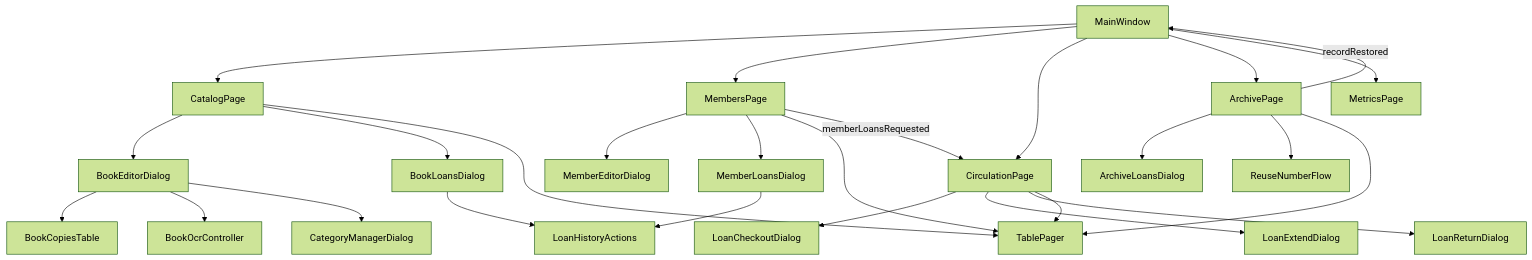
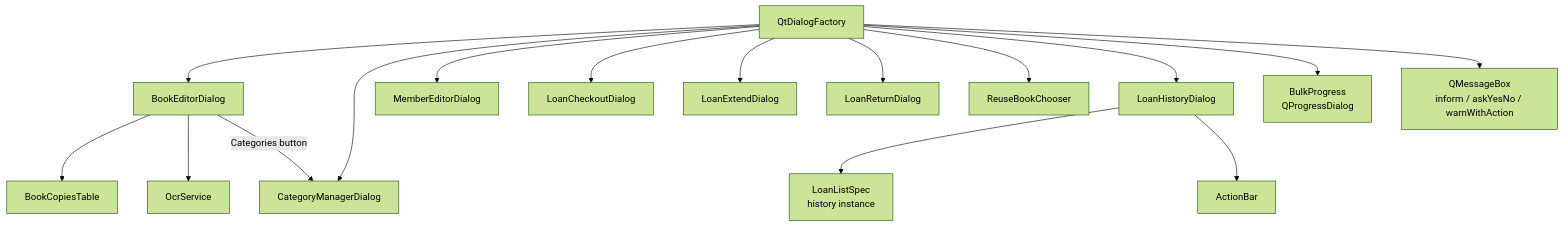
Diagram 20 of 28 in docs/architecture/beta-uml.md (medaminben/VLMS), drawn with Mermaid (forest theme) before and after one commit. The commit also changed other lines of this file, not shown here.

First line of the commit message:
Refresh the Beta UML for the frontend redesign.

````diff
--- a/docs/architecture/beta-uml.md
+++ b/docs/architecture/beta-uml.md
@@ -637,49 +794,32 @@
 ```mermaid
 flowchart TD
-    MW[MainWindow]
-    CP[CatalogPage]
-    MP[MembersPage]
-    LP[CirculationPage]
-    AP[ArchivePage]
-    XP[MetricsPage]
+    DF[QtDialogFactory]
     BED[BookEditorDialog]
     BCT[BookCopiesTable]
-    BOC[BookOcrController]
+    OCR[OcrService]
     CMD[CategoryManagerDialog]
-    BLD[BookLoansDialog]
     MED[MemberEditorDialog]
-    MLD[MemberLoansDialog]
     LCD[LoanCheckoutDialog]
     LED[LoanExtendDialog]
     LRD[LoanReturnDialog]
-    LHA[LoanHistoryActions]
-    ALD[ArchiveLoansDialog]
-    RNF[ReuseNumberFlow]
-    TP[TablePager]
+    RBC[ReuseBookChooser]
+    LHD[LoanHistoryDialog]
+    BP[BulkProgress<br/>QProgressDialog]
+    MB[QMessageBox<br/>inform / askYesNo / warnWithAction]
 
-    MW --> CP
-    MW --> MP
-    MW --> LP
-    MW --> AP
-    MW --> XP
-    CP --> BED
-    CP --> BLD
-    CP --> TP
+    DF --> BED
+    DF --> CMD
+    DF --> MED
+    DF --> LCD
+    DF --> LED
+    DF --> LRD
+    DF --> RBC
+    DF --> LHD
+    DF --> BP
+    DF --> MB
     BED --> BCT
-    BED --> BOC
-    BED --> CMD
-    BLD --> LHA
-    MP --> MED
-    MP --> MLD
-    MLD --> LHA
-    MP --> TP
-    MP -->|memberLoansRequested| LP
-    LP --> LCD
-    LP --> LED
-    LP --> LRD
-    LP --> TP
-    AP --> ALD
-    AP --> RNF
-    AP --> TP
-    AP -->|recordRestored| MW
+    BED --> OCR
+    BED -->|Categories button| CMD
+    LHD --> LHS[LoanListSpec<br/>history instance]
+    LHD --> AB[ActionBar]
 ```
````
